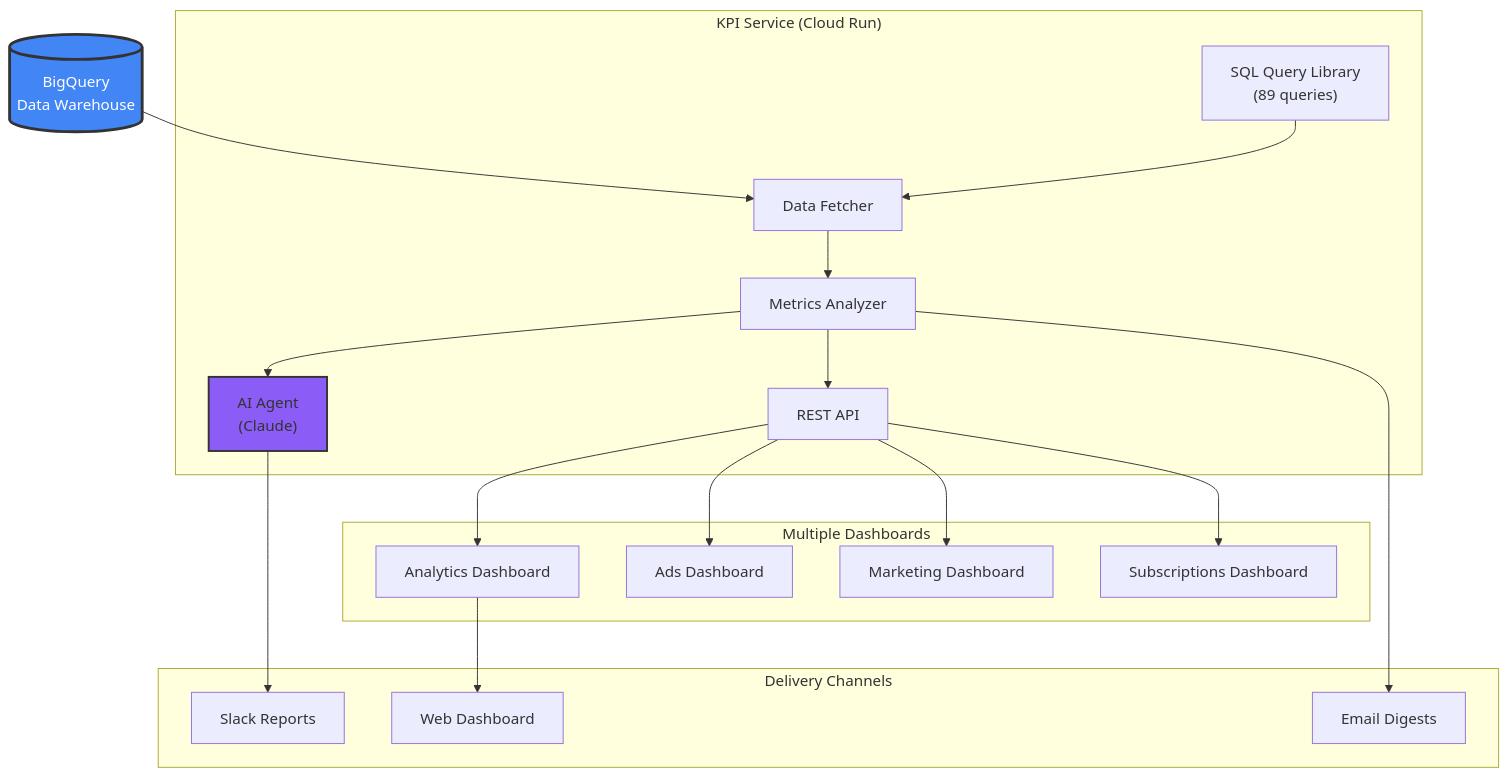
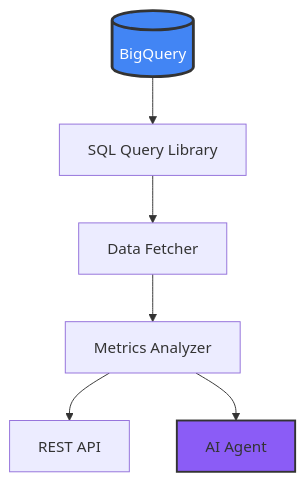
One commit to Ideaplaces/ciprianrarau.com changed the fourth of 5 diagrams in src/data/post/the-first-thing-i-set-up-data-warehouse.md. Above: the diagram before and after it, drawn with Mermaid. The commit also changed other lines of this file, not shown here.

Commit message:
Simplify data warehouse diagrams into smaller, less crowded visuals

````diff
--- a/src/data/post/the-first-thing-i-set-up-data-warehouse.md
+++ b/src/data/post/the-first-thing-i-set-up-data-warehouse.md
@@ -407,43 +418,11 @@
 ```mermaid
 flowchart TD
-    BQ[("BigQuery<br/>Data Warehouse")]
-
-    subgraph KPI ["KPI Service (Cloud Run)"]
-        SQL["SQL Query Library<br/>(89 queries)"]
-        FETCH["Data Fetcher"]
-        ANALYZE["Metrics Analyzer"]
-        AI["AI Agent<br/>(Claude)"]
-        API["REST API"]
-    end
-
-    subgraph Dashboards ["Multiple Dashboards"]
-        ANALYTICS["Analytics Dashboard"]
-        ADS["Ads Dashboard"]
-        MARKETING["Marketing Dashboard"]
-        SUBS["Subscriptions Dashboard"]
-    end
-
-    subgraph Delivery ["Delivery Channels"]
-        SLACK["Slack Reports"]
-        WEB["Web Dashboard"]
-        EMAIL["Email Digests"]
-    end
-
-    BQ --> FETCH
-    SQL --> FETCH
-    FETCH --> ANALYZE
-    ANALYZE --> AI
-    ANALYZE --> API
-
-    API --> ANALYTICS
-    API --> ADS
-    API --> MARKETING
-    API --> SUBS
-
-    ANALYTICS --> WEB
-    AI --> SLACK
-    ANALYZE --> EMAIL
+    BQ[("BigQuery")] --> SQL["SQL Query Library"]
+    SQL --> FETCH["Data Fetcher"]
+    FETCH --> ANALYZE["Metrics Analyzer"]
+    ANALYZE --> API["REST API"]
+    ANALYZE --> AI["AI Agent"]
 
     style BQ fill:#4285F4,stroke:#333,stroke-width:3px,color:#fff
     style AI fill:#8B5CF6,stroke:#333,stroke-width:2px
 ```
````
